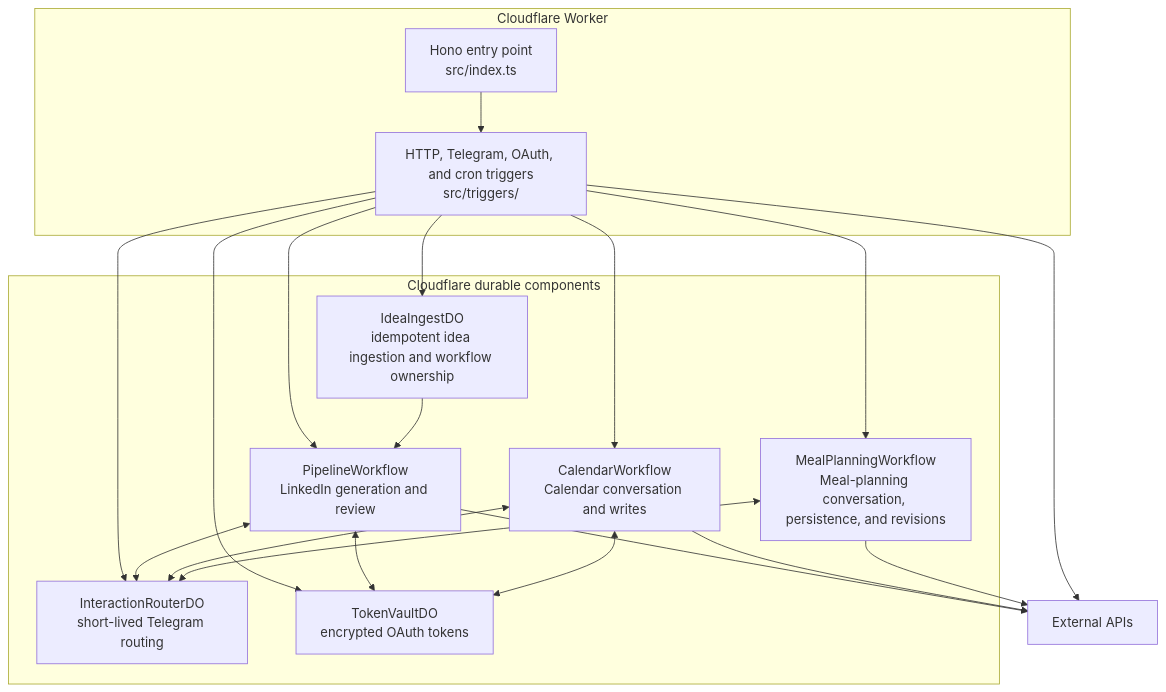
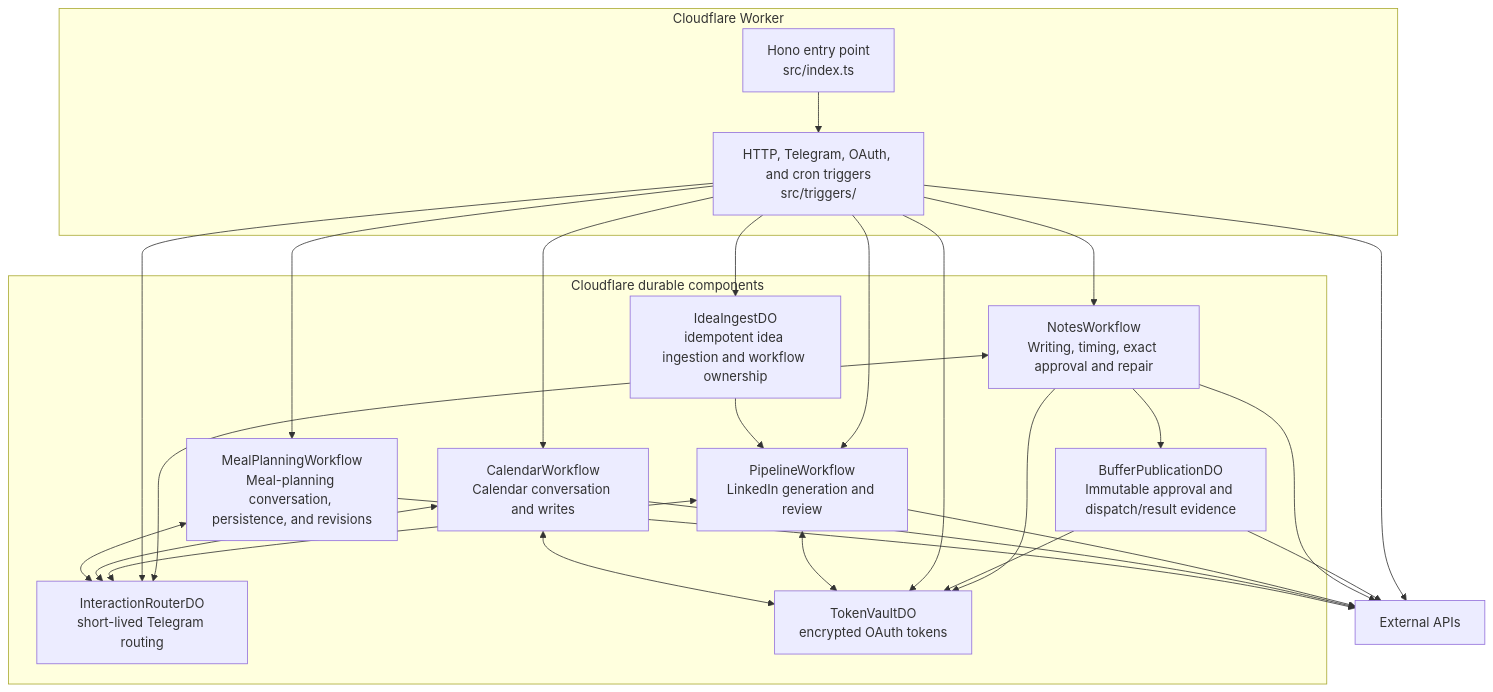
Before and after one commit to satwikhebbar/kipp: the second of 2 diagrams in docs/architecture/system.md, drawn with Mermaid. The commit also changed other lines of this file and 13 other files, not shown here.

````diff
--- a/docs/architecture/system.md
+++ b/docs/architecture/system.md
@@ -54,34 +66,43 @@
 ```mermaid
 flowchart TB
   subgraph edge["Cloudflare Worker"]
     entry["Hono entry point\nsrc/index.ts"]
     triggers["HTTP, Telegram, OAuth, and cron triggers\nsrc/triggers/"]
     entry --> triggers
   end
 
   subgraph durable["Cloudflare durable components"]
     linkedinFlow["PipelineWorkflow\nLinkedIn generation and review"]
     calendarFlow["CalendarWorkflow\nCalendar conversation and writes"]
     mealFlow["MealPlanningWorkflow\nMeal-planning conversation, persistence, and revisions"]
+    notesFlow["NotesWorkflow\nWriting, timing, exact approval and repair"]
+    publication["BufferPublicationDO\nImmutable approval and dispatch/result evidence"]
     router["InteractionRouterDO\nshort-lived Telegram routing"]
     vault["TokenVaultDO\nencrypted OAuth tokens"]
     ingest["IdeaIngestDO\nidempotent idea ingestion and workflow ownership"]
   end
 
   triggers --> linkedinFlow
   triggers --> calendarFlow
   triggers --> mealFlow
+  triggers --> notesFlow
+  notesFlow <--> router
+  notesFlow --> vault
+  notesFlow --> publication
+  publication --> vault
+  publication --> external
+  notesFlow --> external
   triggers --> router
   triggers --> vault
   triggers --> ingest
   ingest --> linkedinFlow
   linkedinFlow <--> router
   calendarFlow <--> router
   mealFlow <--> router
   linkedinFlow <--> vault
   calendarFlow <--> vault
   linkedinFlow --> external["External APIs"]
   calendarFlow --> external
   mealFlow --> external
   triggers --> external
 ```
````
